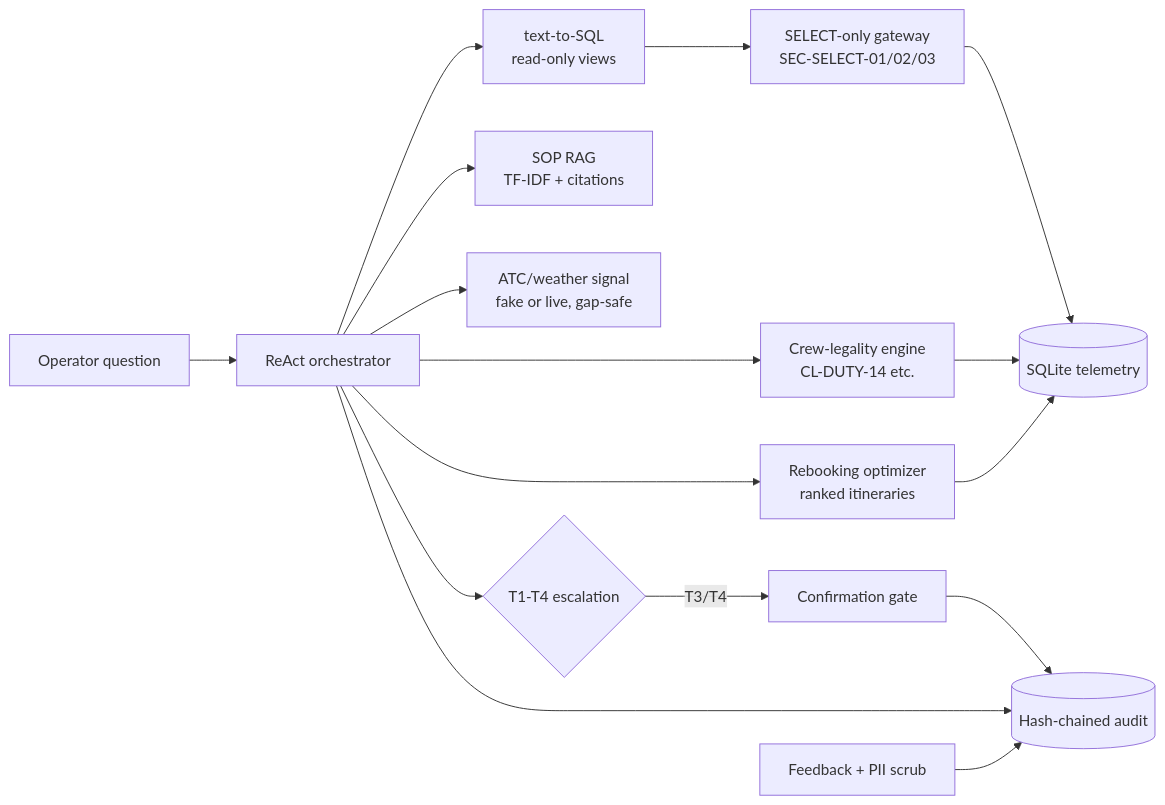
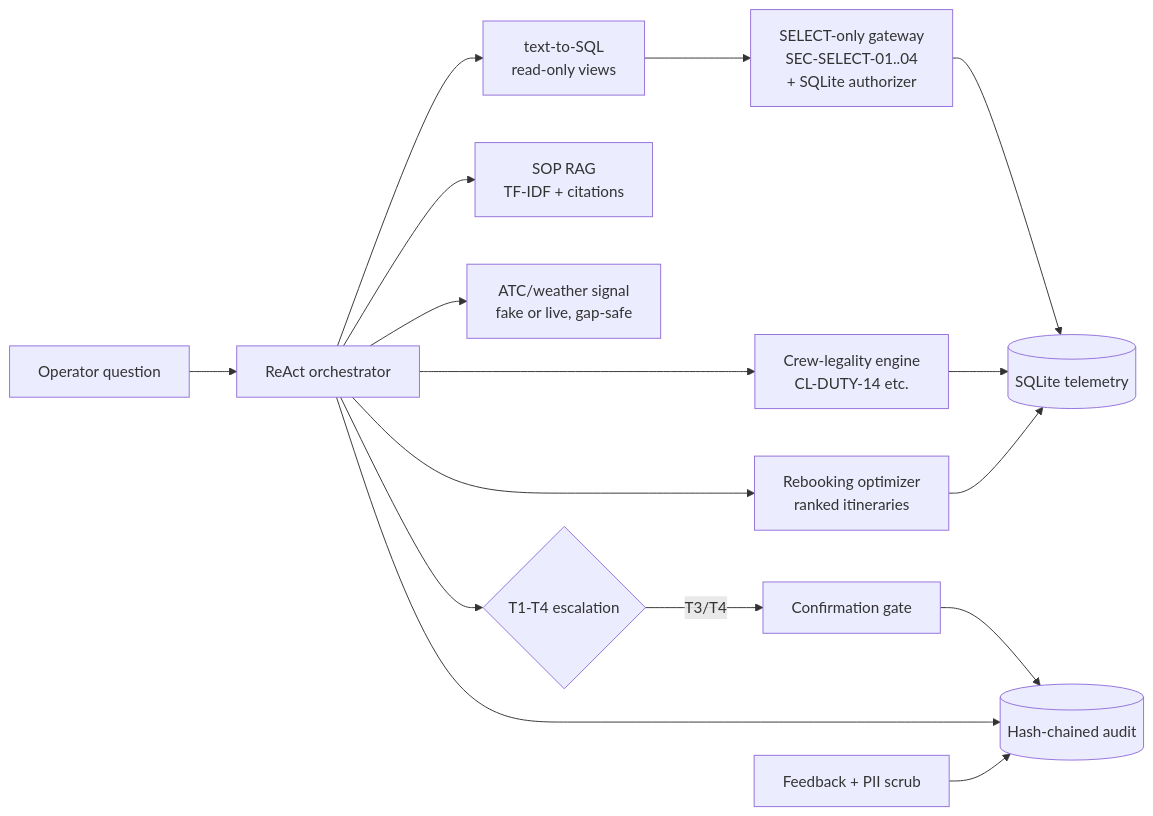
The first of 2 diagrams in knowledge/architecture.md (jagadishmazure-jpg/Jagadish-airline-disruption-agents), drawn with Mermaid before and after one commit. The commit also changed 25 other files, not shown here.

First line of the commit message:
Standardize: CI, security files, gateway authorizer backstop, review fixes

````diff
--- a/knowledge/architecture.md
+++ b/knowledge/architecture.md
@@ -3,18 +3,18 @@
 ```mermaid
 flowchart LR
     Q[Operator question] --> ORC[ReAct orchestrator]
     ORC --> T2S[text-to-SQL\nread-only views]
     ORC --> RAG[SOP RAG\nTF-IDF + citations]
     ORC --> LEG[Crew-legality engine\nCL-DUTY-14 etc.]
     ORC --> RBK[Rebooking optimizer\nranked itineraries]
     ORC --> ATC[ATC/weather signal\nfake or live, gap-safe]
-    T2S --> GW[SELECT-only gateway\nSEC-SELECT-01/02/03]
+    T2S --> GW[SELECT-only gateway\nSEC-SELECT-01..04<br/>+ SQLite authorizer]
     GW --> DB[(SQLite telemetry)]
     LEG --> DB
     RBK --> DB
     ORC --> ESC{T1-T4 escalation}
     ESC -->|T3/T4| GATE[Confirmation gate]
     GATE --> AUDIT[(Hash-chained audit)]
     ORC --> AUDIT
     FBK[Feedback + PII scrub] --> AUDIT
 ```
````
